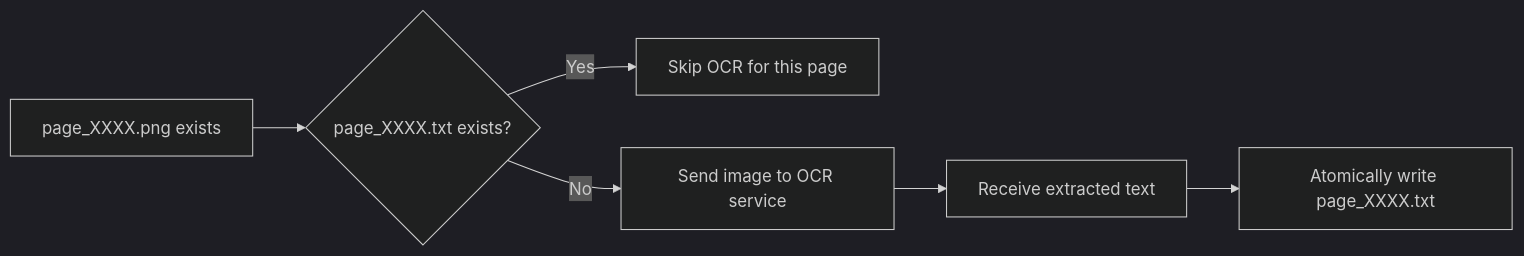
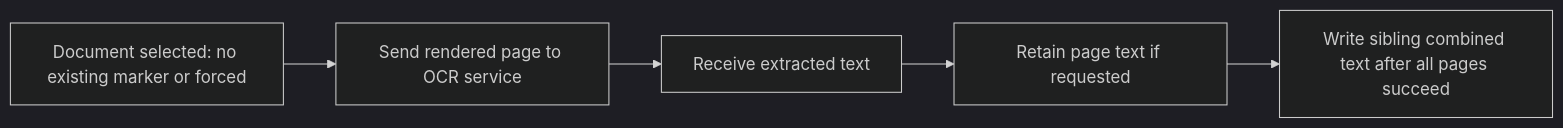
The second of 3 diagrams in ARCHITECTURE.md (vincenzodomina/office2llm), drawn with Mermaid (dark theme) before and after one commit. The commit also changed other lines of this file and 6 other files, not shown here.

````diff
--- a/ARCHITECTURE.md
+++ b/ARCHITECTURE.md
@@ -45,8 +53,7 @@
 ```mermaid
 flowchart LR
-  A[page_XXXX.png exists] --> B{page_XXXX.txt exists?}
-  B -->|Yes| C[Skip OCR for this page]
-  B -->|No| D[Send image to OCR service]
+  A[Document selected: no existing marker or forced] --> D[Send rendered page to OCR service]
   D --> E[Receive extracted text]
-  E --> F[Atomically write page_XXXX.txt]
+  E --> F[Retain page text if requested]
+  F --> G[Write sibling combined text after all pages succeed]
 ```
````
